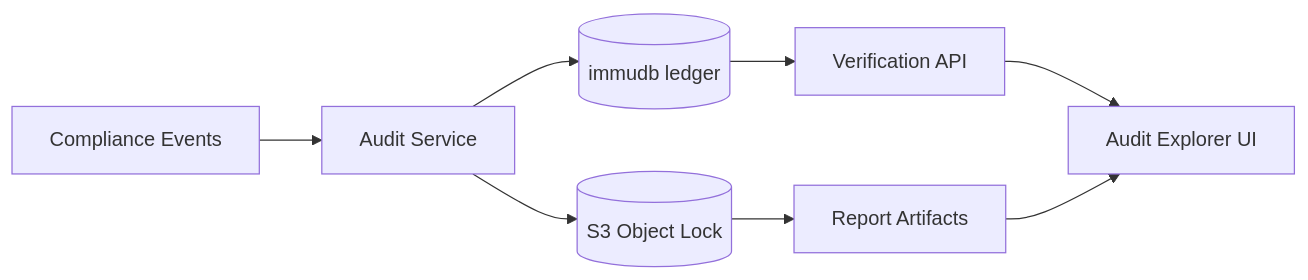
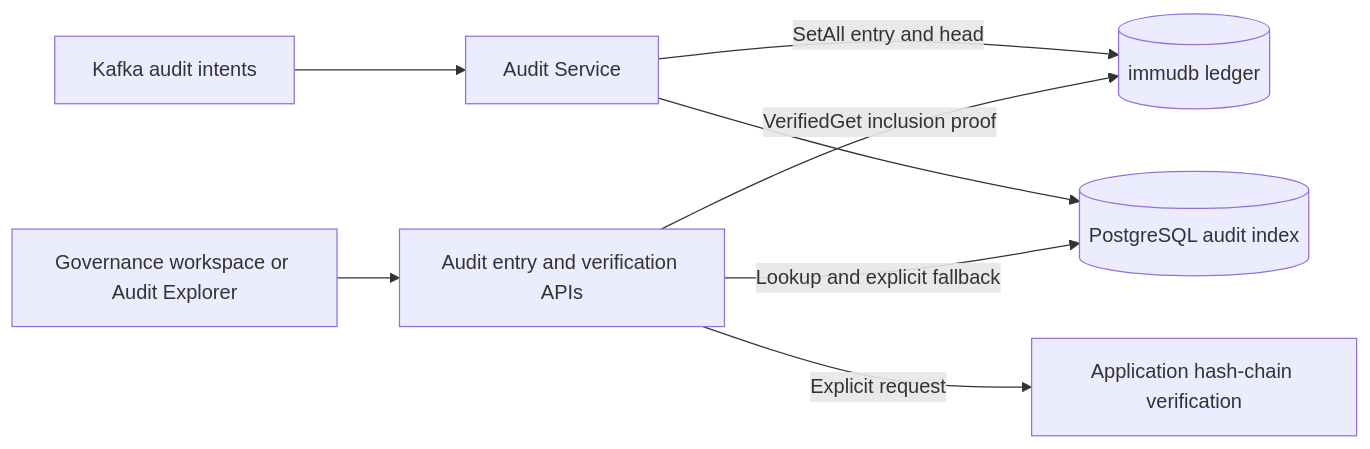
The sixth of 6 diagrams in docs/architecture.md (SafetyMP/Financial-Digital-Twin-Compliance), drawn with Mermaid before and after one commit. The commit also changed other lines of this file and 86 other files, not shown here.

````diff
--- a/docs/architecture.md
+++ b/docs/architecture.md
@@ -337,10 +356,10 @@
 ```mermaid
 flowchart LR
-  events[Compliance Events] --> auditSvc[Audit Service]
-  auditSvc --> immudb[(immudb ledger)]
-  auditSvc --> s3[(S3 Object Lock)]
-  immudb --> verify[Verification API]
-  s3 --> reports[Report Artifacts]
-  verify --> ui[Audit Explorer UI]
-  reports --> ui
+  events[Kafka audit intents] --> auditSvc[Audit Service]
+  auditSvc -->|SetAll entry and head| immudb[(immudb ledger)]
+  auditSvc --> index[(PostgreSQL audit index)]
+  ui[Governance workspace or Audit Explorer] --> api[Audit entry and verification APIs]
+  api -->|VerifiedGet inclusion proof| immudb
+  api -->|Lookup and explicit fallback| index
+  api -->|Explicit request| verify[Application hash-chain verification]
 ```
````
